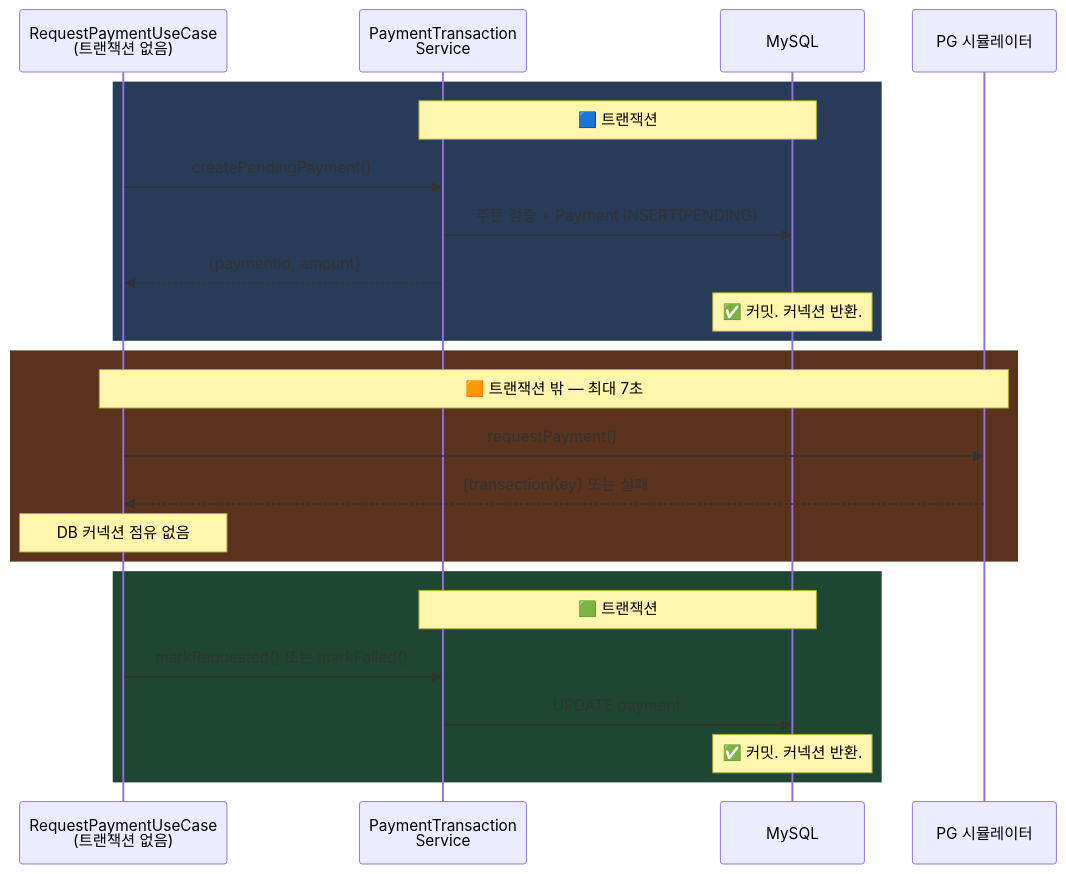
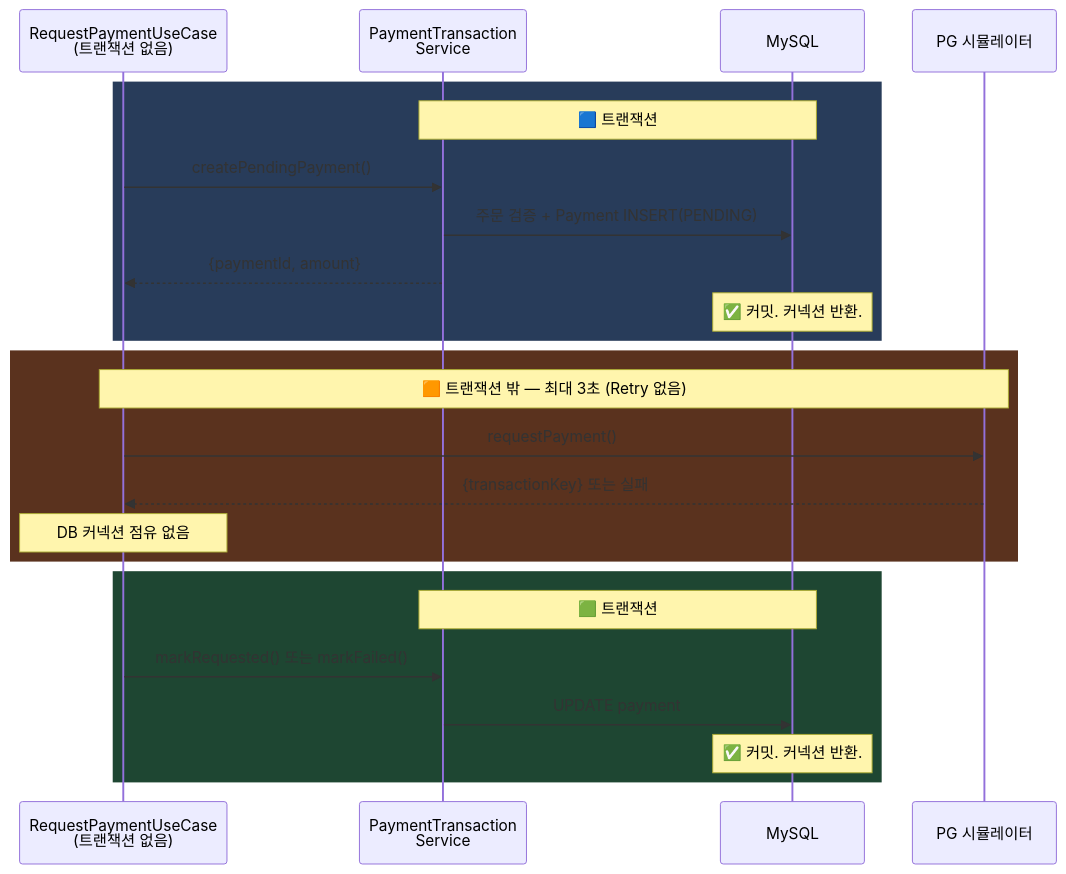
One commit to hyungkishin/hyungkishin.github.io changed the eighth of 10 diagrams in contents/posts/roopers/technical-writing/round6/index.md. Above: the diagram before and after it, drawn with Mermaid. The commit also changed other lines of this file and 1 other file, not shown here.

````diff
--- a/contents/posts/roopers/technical-writing/round6/index.md
+++ b/contents/posts/roopers/technical-writing/round6/index.md
@@ -313,29 +330,29 @@
 ```mermaid
 sequenceDiagram
     participant UC as RequestPaymentUseCase<br/>(트랜잭션 없음)
     participant TxSvc as PaymentTransaction<br/>Service
     participant DB as MySQL
     participant PG as PG 시뮬레이터
 
     rect rgb(40, 60, 90)
         Note over TxSvc,DB: 🟦 트랜잭션 #1 — ~10ms
         UC->>TxSvc: createPendingPayment()
         TxSvc->>DB: 주문 검증 + Payment INSERT(PENDING)
         TxSvc-->>UC: {paymentId, amount}
         Note over DB: ✅ 커밋. 커넥션 반환.
     end
 
     rect rgb(90, 50, 30)
-        Note over UC,PG: 🟧 트랜잭션 밖 — 최대 7초
+        Note over UC,PG: 🟧 트랜잭션 밖 — 최대 3초 (Retry 없음)
         UC->>PG: requestPayment()
         PG-->>UC: {transactionKey} 또는 실패
         Note over UC: DB 커넥션 점유 없음
     end
 
     rect rgb(30, 70, 50)
         Note over TxSvc,DB: 🟩 트랜잭션 #2 — ~10ms
         UC->>TxSvc: markRequested() 또는 markFailed()
         TxSvc->>DB: UPDATE payment
         Note over DB: ✅ 커밋. 커넥션 반환.
     end
 ```
````
